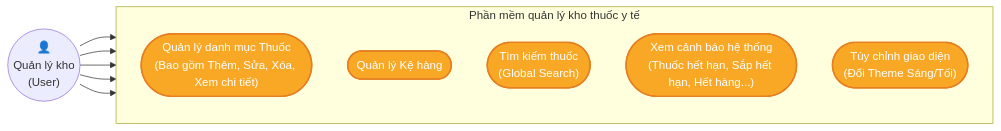
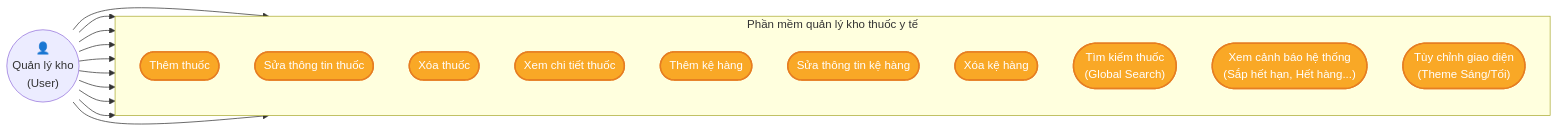
The seventh of 7 diagrams in docs/projectcharts.md (Des1r3d/KiThuatLapTrinhNhom3), drawn with Mermaid before and after one commit. The commit also changed other lines of this file and 1 other file, not shown here.

Commit message:
chỉnh sửa lại usecase. tách riêng các chức năng crud

````diff
--- a/docs/projectcharts.md
+++ b/docs/projectcharts.md
@@ -427,22 +427,32 @@
 ```mermaid
 flowchart LR
     User(("👤<br>Quản lý kho<br>(User)"))
 
     subgraph System["Phần mềm quản lý kho thuốc y tế"]
         direction TB
-        UC1(["Quản lý danh mục Thuốc<br>(Bao gồm Thêm, Sửa, Xóa, Xem chi tiết)"])
-        UC2(["Quản lý Kệ hàng"])
-        UC3(["Tìm kiếm thuốc<br>(Global Search)"])
-        UC4(["Xem cảnh báo hệ thống<br>(Thuốc hết hạn, Sắp hết hạn, Hết hàng...)"])
-        UC5(["Tùy chỉnh giao diện<br>(Đổi Theme Sáng/Tối)"])
+        UC1(["Thêm thuốc"])
+        UC2(["Sửa thông tin thuốc"])
+        UC3(["Xóa thuốc"])
+        UC4(["Xem chi tiết thuốc"])
+        UC5(["Thêm kệ hàng"])
+        UC6(["Sửa thông tin kệ hàng"])
+        UC7(["Xóa kệ hàng"])
+        UC8(["Tìm kiếm thuốc<br>(Global Search)"])
+        UC9(["Xem cảnh báo hệ thống<br>(Sắp hết hạn, Hết hàng...)"])
+        UC10(["Tùy chỉnh giao diện<br>(Theme Sáng/Tối)"])
     end
 
     User --> UC1
     User --> UC2
     User --> UC3
     User --> UC4
     User --> UC5
+    User --> UC6
+    User --> UC7
+    User --> UC8
+    User --> UC9
+    User --> UC10
 
     classDef usecase fill:#f9a826,stroke:#e67e22,stroke-width:2px,color:#fff;
-    class UC1,UC2,UC3,UC4,UC5 usecase;
+    class UC1,UC2,UC3,UC4,UC5,UC6,UC7,UC8,UC9,UC10 usecase;
 ```
````
